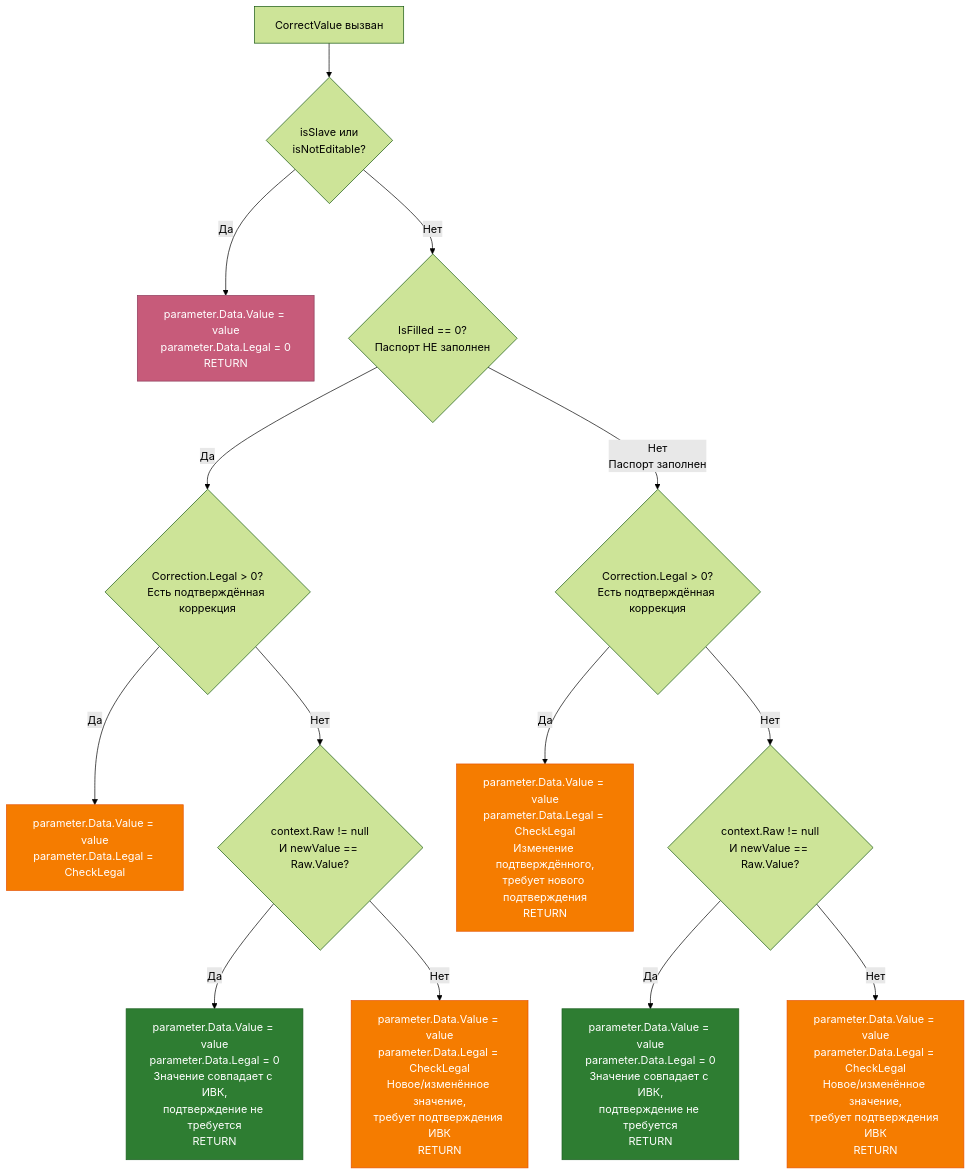
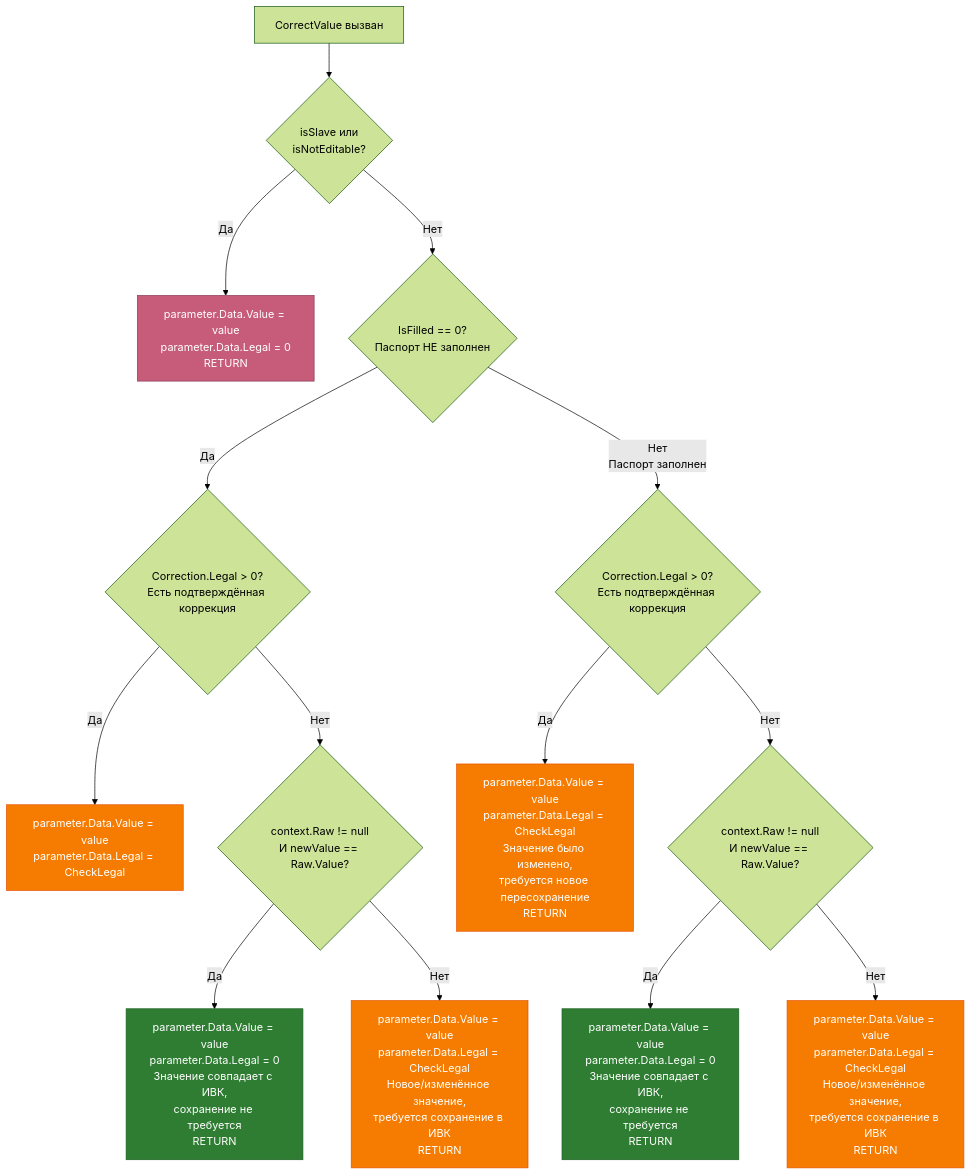
One commit to tn-ivk/tn-doc changed the fifth of 5 diagrams in docs/architecture/passport-editor.md. Above: the diagram before and after it, drawn with Mermaid (forest theme).

Commit message:
docs: уточнена терминология в алгоритме CorrectValue
Заменены формулировки "подтверждение" на "сохранение"
для более точного описания процесса обработки значений показателей.
Изменения касаются диаграммы CorrectValue в passport-editor.md.

````diff
--- a/docs/architecture/passport-editor.md
+++ b/docs/architecture/passport-editor.md
@@ -535,38 +535,38 @@
 ```mermaid
 flowchart TD
     Start[CorrectValue вызван] --> CheckSlave{isSlave или<br/>isNotEditable?}
 
     CheckSlave -->|Да| SetLegal0A[parameter.Data.Value = value<br/>parameter.Data.Legal = 0<br/>RETURN]
 
     CheckSlave -->|Нет| CheckFilled{IsFilled == 0?<br/>Паспорт НЕ заполнен}
 
     %% Ветка: паспорт НЕ заполнен
     CheckFilled -->|Да| CheckCorrectionUnfilled{Correction.Legal > 0?<br/>Есть подтверждённая коррекция}
 
     CheckCorrectionUnfilled -->|Да| SetLegalCheck1[parameter.Data.Value = value<br/>parameter.Data.Legal = CheckLegal]
 
     CheckCorrectionUnfilled -->|Нет| CheckRawUnfilled{context.Raw != null<br/>И newValue == Raw.Value?}
 
-    CheckRawUnfilled -->|Да| SetLegal0B[parameter.Data.Value = value<br/>parameter.Data.Legal = 0<br/>Значение совпадает с ИВК,<br/>подтверждение не требуется<br/>RETURN]
+    CheckRawUnfilled -->|Да| SetLegal0B[parameter.Data.Value = value<br/>parameter.Data.Legal = 0<br/>Значение совпадает с ИВК,<br/>сохранение не требуется<br/>RETURN]
 
-    CheckRawUnfilled -->|Нет| SetLegalCheck2[parameter.Data.Value = value<br/>parameter.Data.Legal = CheckLegal<br/>Новое/изменённое значение,<br/>требует подтверждения ИВК<br/>RETURN]
+    CheckRawUnfilled -->|Нет| SetLegalCheck2[parameter.Data.Value = value<br/>parameter.Data.Legal = CheckLegal<br/>Новое/изменённое значение,<br/>требуется сохранение в ИВК<br/>RETURN]
 
     %% Ветка: паспорт заполнен
     CheckFilled -->|Нет<br/>Паспорт заполнен| CheckCorrectionFilled{Correction.Legal > 0?<br/>Есть подтверждённая коррекция}
 
-    CheckCorrectionFilled -->|Да| SetLegalCheck3[parameter.Data.Value = value<br/>parameter.Data.Legal = CheckLegal<br/>Изменение подтверждённого,<br/>требует нового подтверждения<br/>RETURN]
+    CheckCorrectionFilled -->|Да| SetLegalCheck3[parameter.Data.Value = value<br/>parameter.Data.Legal = CheckLegal<br/>Значение было изменено,<br/>требуется новое пересохранение<br/>RETURN]
 
     CheckCorrectionFilled -->|Нет| CheckRawFilled{context.Raw != null<br/>И newValue == Raw.Value?}
 
-    CheckRawFilled -->|Да| SetLegal0C[parameter.Data.Value = value<br/>parameter.Data.Legal = 0<br/>Значение совпадает с ИВК,<br/>подтверждение не требуется<br/>RETURN]
+    CheckRawFilled -->|Да| SetLegal0C[parameter.Data.Value = value<br/>parameter.Data.Legal = 0<br/>Значение совпадает с ИВК,<br/>сохранение не требуется<br/>RETURN]
 
-    CheckRawFilled -->|Нет| SetLegalCheck4[parameter.Data.Value = value<br/>parameter.Data.Legal = CheckLegal<br/>Новое/изменённое значение,<br/>требует подтверждения ИВК<br/>RETURN]
+    CheckRawFilled -->|Нет| SetLegalCheck4[parameter.Data.Value = value<br/>parameter.Data.Legal = CheckLegal<br/>Новое/изменённое значение,<br/>требуется сохранение в ИВК<br/>RETURN]
 
     style SetLegal0A fill:#c75b7a,stroke:#8b3a5a,color:#fff
     style SetLegal0B fill:#2e7d32,stroke:#1b5e20,color:#fff
     style SetLegal0C fill:#2e7d32,stroke:#1b5e20,color:#fff
     style SetLegalCheck1 fill:#f57c00,stroke:#e65100,color:#fff
     style SetLegalCheck2 fill:#f57c00,stroke:#e65100,color:#fff
     style SetLegalCheck3 fill:#f57c00,stroke:#e65100,color:#fff
     style SetLegalCheck4 fill:#f57c00,stroke:#e65100,color:#fff
 ```
````
